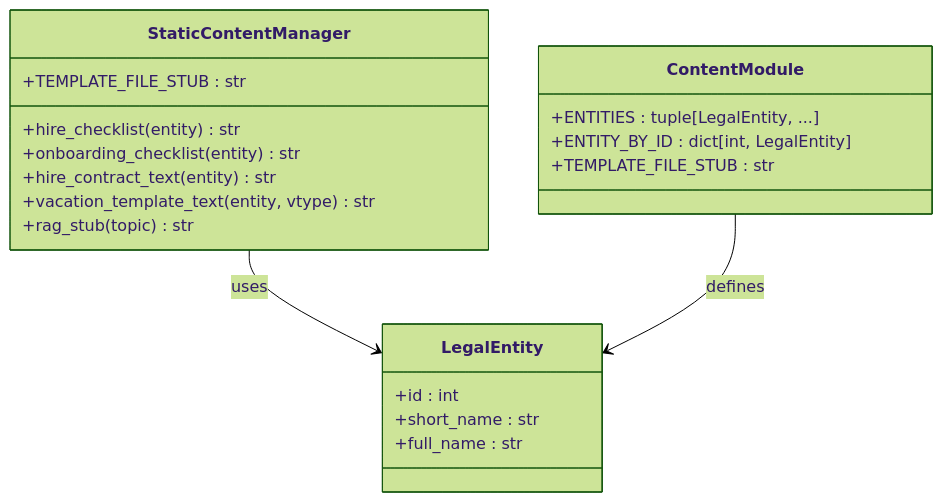
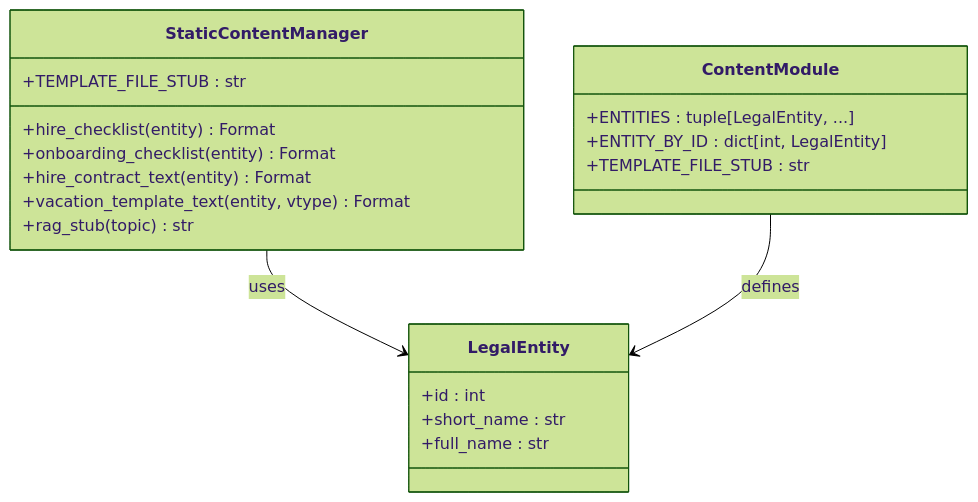
Before and after one commit to ognelis/cafetera_hr_bot: diagram 13 of 35 in .qoder/repowiki/en/content/VK Integration/VK Integration.md, drawn with Mermaid (forest theme). The commit also changed other lines of this file and 10 other files, not shown here.

````diff
--- a/.qoder/repowiki/en/content/VK Integration/VK Integration.md
+++ b/.qoder/repowiki/en/content/VK Integration/VK Integration.md
@@ -873,23 +885,23 @@
 ```mermaid
 classDiagram
 class StaticContentManager {
-+hire_checklist(entity) str
-+onboarding_checklist(entity) str
-+hire_contract_text(entity) str
-+vacation_template_text(entity, vtype) str
++hire_checklist(entity) Format
++onboarding_checklist(entity) Format
++hire_contract_text(entity) Format
++vacation_template_text(entity, vtype) Format
 +rag_stub(topic) str
 +TEMPLATE_FILE_STUB : str
 }
 class LegalEntity {
 +id : int
 +short_name : str
 +full_name : str
 }
 class ContentModule {
 +ENTITIES : tuple[LegalEntity, ...]
 +ENTITY_BY_ID : dict[int, LegalEntity]
 +TEMPLATE_FILE_STUB : str
 }
 StaticContentManager --> LegalEntity : uses
 ContentModule --> LegalEntity : defines
 ```
````
